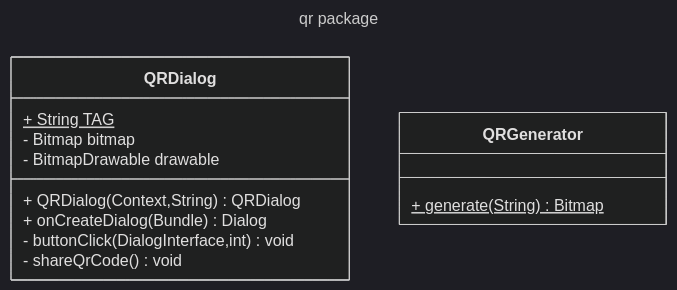
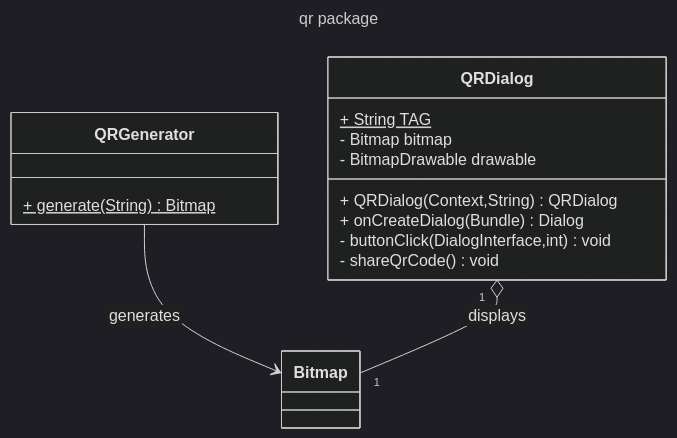
Before and after one commit to CMPUT301F25rocket/rocket-radar: the diagram in doc/uml/qr.mmd, drawn with Mermaid (dark theme). The commit also changed 2 other files, not shown here.

Commit message:
chore: more uml

```diff
--- a/doc/uml/qr.mmd
+++ b/doc/uml/qr.mmd
@@ -1,20 +1,25 @@
 ---
 title: qr package
 config:
   htmlLabels: false
 ---
 
 classDiagram
 class QRDialog { 
 + String TAG$
 - Bitmap bitmap
 - BitmapDrawable drawable
 + QRDialog(Context,String) QRDialog 
 + onCreateDialog(Bundle) Dialog 
 - buttonClick(DialogInterface,int) void 
 - shareQrCode() void 
 }
 
 class QRGenerator { 
 + generate(String)$ Bitmap 
 }
+
+class Bitmap
+
+QRGenerator --> Bitmap : generates
+QRDialog "1" o-- "1" Bitmap : displays
```
